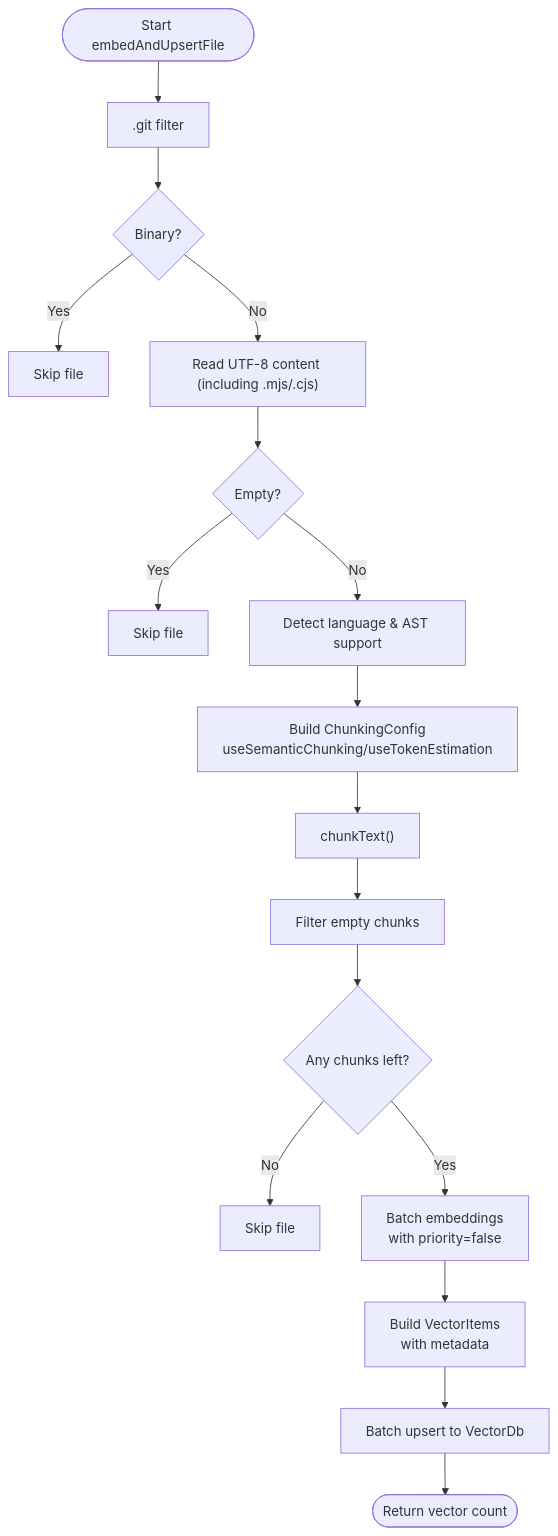
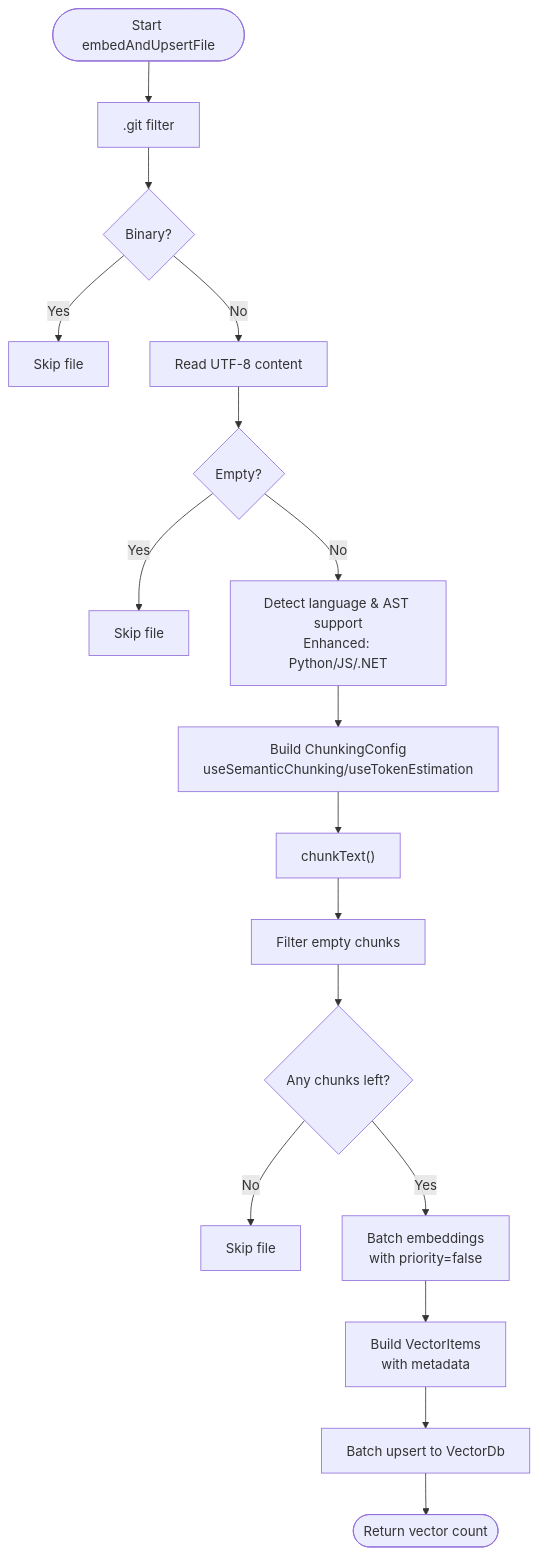
One commit to bramburn/repomix-runner changed the third of 9 diagrams in .qoder/repowiki/en/content/Indexing and Search System/File Embedding Pipeline.md. Above: the diagram before and after it, drawn with Mermaid. The commit also changed other lines of this file and 41 other files, not shown here.

````diff
--- a/.qoder/repowiki/en/content/Indexing and Search System/File Embedding Pipeline.md
+++ b/.qoder/repowiki/en/content/Indexing and Search System/File Embedding Pipeline.md
@@ -237,19 +228,19 @@
 ```mermaid
 flowchart TD
 Start(["Start embedAndUpsertFile"]) --> CheckGit[".git filter"]
 CheckGit --> IsBinary{"Binary?"}
 IsBinary --> |Yes| SkipBinary["Skip file"]
-IsBinary --> |No| ReadFile["Read UTF-8 content (including .mjs/.cjs)"]
+IsBinary --> |No| ReadFile["Read UTF-8 content"]
 ReadFile --> EmptyCheck{"Empty?"}
 EmptyCheck --> |Yes| SkipEmpty["Skip file"]
-EmptyCheck --> |No| DetectLang["Detect language & AST support"]
+EmptyCheck --> |No| DetectLang["Detect language & AST support<br/>Enhanced: Python/JS/.NET"]
 DetectLang --> ChunkCfg["Build ChunkingConfig<br/>useSemanticChunking/useTokenEstimation"]
 ChunkCfg --> ChunkText["chunkText()"]
 ChunkText --> FilterEmpty["Filter empty chunks"]
 FilterEmpty --> HasChunks{"Any chunks left?"}
 HasChunks --> |No| SkipNoChunks["Skip file"]
 HasChunks --> |Yes| BatchEmbed["Batch embeddings<br/>with priority=false"]
 BatchEmbed --> MakeVectors["Build VectorItems<br/>with metadata"]
 MakeVectors --> BatchUpsert["Batch upsert to VectorDb"]
 BatchUpsert --> Done(["Return vector count"])
 ```
````
